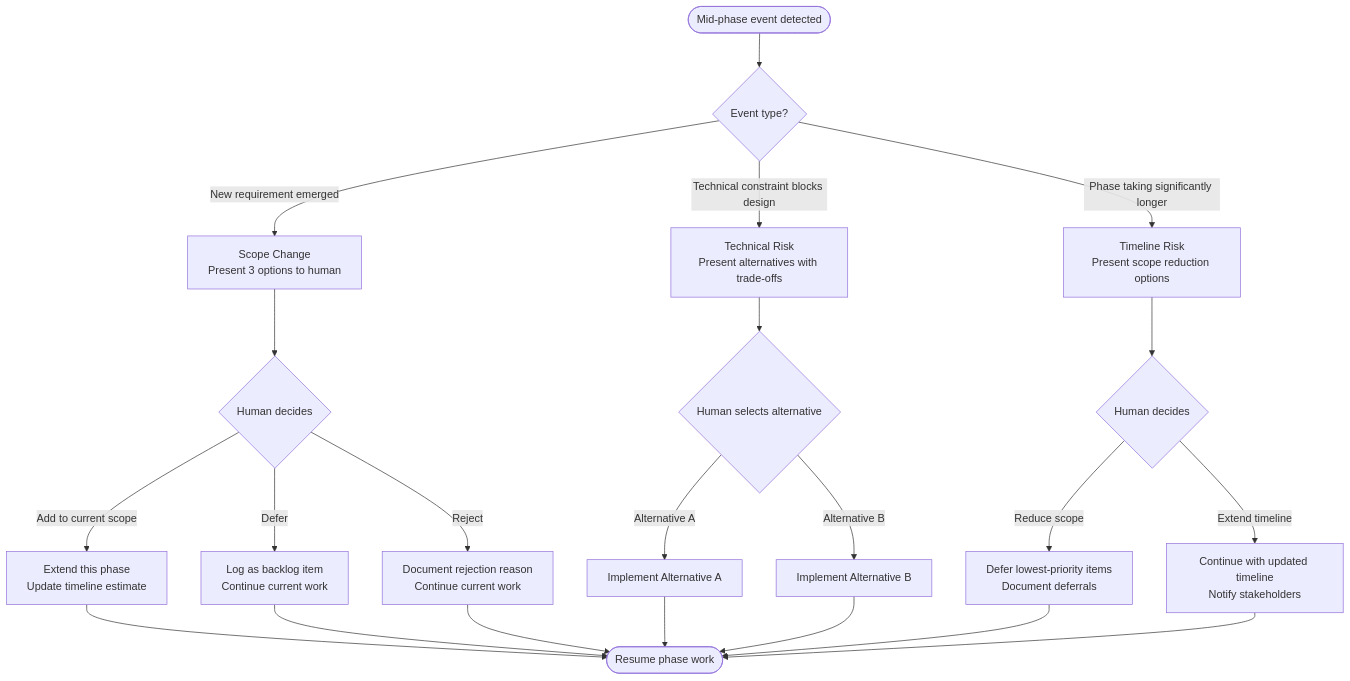
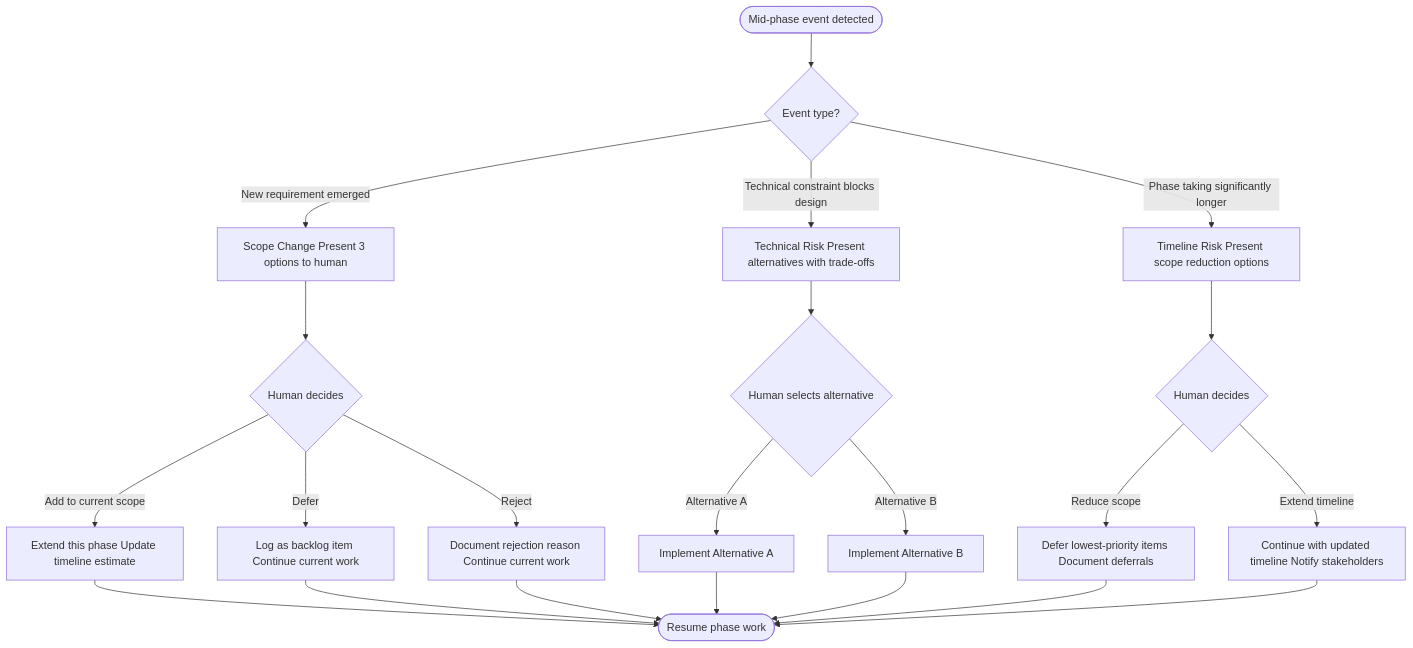
One commit to ivanyeors/product-agentic-templates changed the second of 2 diagrams in .cursor/skills/00-product-workflow/workflow-stages.md. Above: the diagram before and after it, drawn with Mermaid. The commit also changed other lines of this file and 39 other files, not shown here.

````diff
--- a/.cursor/skills/00-product-workflow/workflow-stages.md
+++ b/.cursor/skills/00-product-workflow/workflow-stages.md
@@ -221,28 +325,28 @@
 ```mermaid
 flowchart TD
     midPhase([Mid-phase event detected]) --> type{Event type?}
 
-    type -->|New requirement emerged| scope[Scope Change\nPresent 3 options to human]
+    type -->|New requirement emerged| scope[Scope Change Present 3 options to human]
     scope --> scopeOpts{Human decides}
-    scopeOpts -->|Add to current scope| extend[Extend this phase\nUpdate timeline estimate]
-    scopeOpts -->|Defer| defer[Log as backlog item\nContinue current work]
-    scopeOpts -->|Reject| reject[Document rejection reason\nContinue current work]
+    scopeOpts -->|Add to current scope| extend[Extend this phase Update timeline estimate]
+    scopeOpts -->|Defer| defer[Log as backlog item Continue current work]
+    scopeOpts -->|Reject| reject[Document rejection reason Continue current work]
 
-    type -->|Technical constraint blocks design| tech[Technical Risk\nPresent alternatives with trade-offs]
+    type -->|Technical constraint blocks design| tech[Technical Risk Present alternatives with trade-offs]
     tech --> techOpts{Human selects alternative}
     techOpts -->|Alternative A| implA[Implement Alternative A]
     techOpts -->|Alternative B| implB[Implement Alternative B]
 
-    type -->|Phase taking significantly longer| timeline[Timeline Risk\nPresent scope reduction options]
+    type -->|Phase taking significantly longer| timeline[Timeline Risk Present scope reduction options]
     timeline --> timeOpts{Human decides}
-    timeOpts -->|Reduce scope| descope[Defer lowest-priority items\nDocument deferrals]
-    timeOpts -->|Extend timeline| extend2[Continue with updated timeline\nNotify stakeholders]
+    timeOpts -->|Reduce scope| descope[Defer lowest-priority items Document deferrals]
+    timeOpts -->|Extend timeline| extend2[Continue with updated timeline Notify stakeholders]
 
     extend --> resume([Resume phase work])
     defer --> resume
     reject --> resume
     implA --> resume
     implB --> resume
     descope --> resume
     extend2 --> resume
 ```
````
